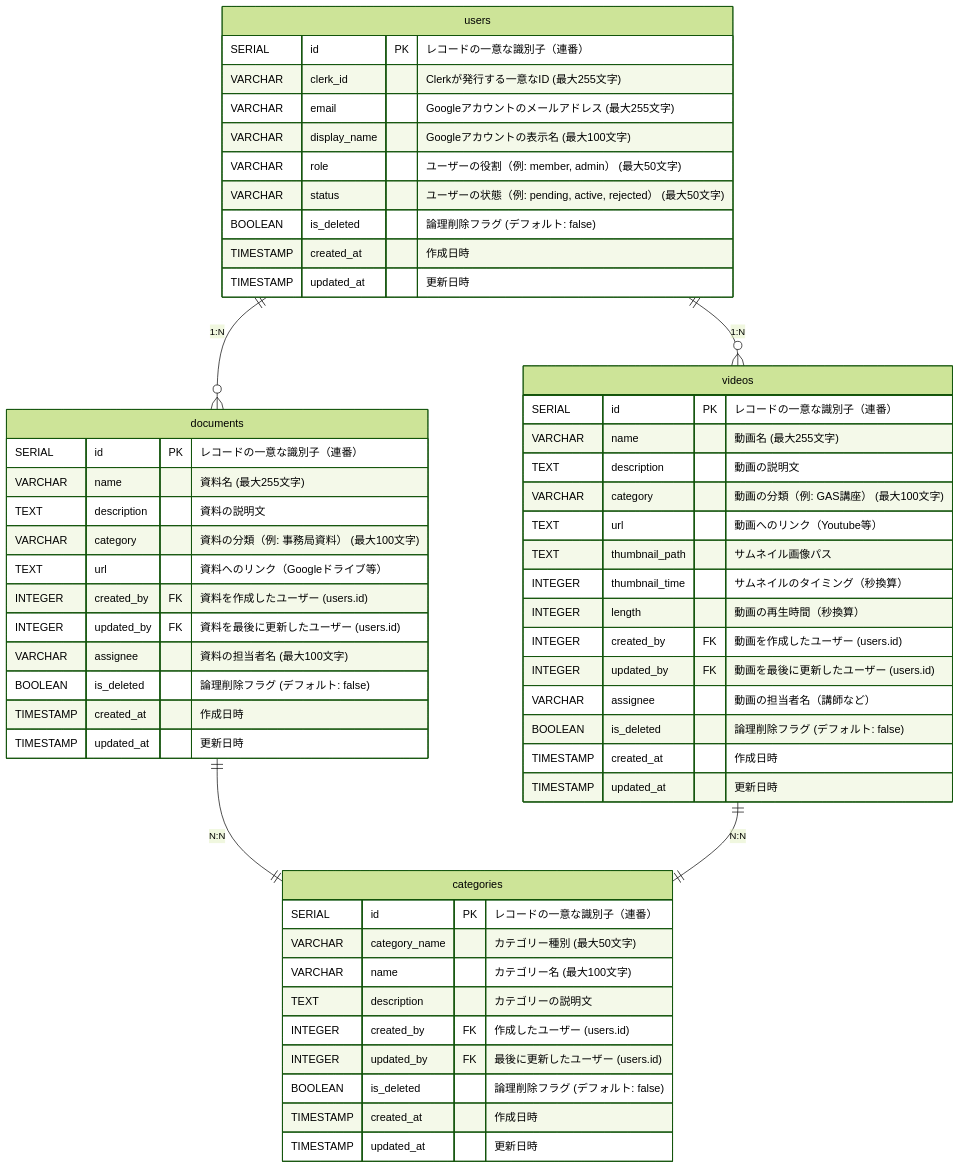
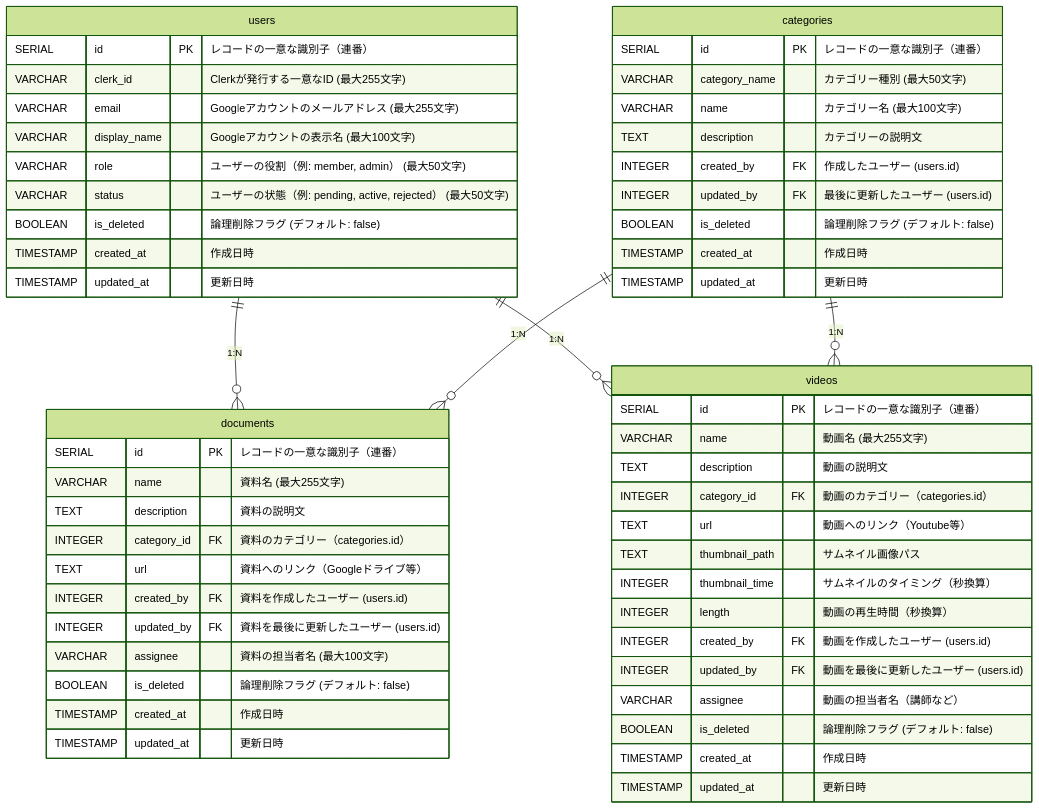
The diagram in docs/database.md (Singuralitylabs/portal-site), drawn with Mermaid (forest theme) before and after one commit. The commit also changed other lines of this file, not shown here.

Commit message:
一意の値用IDを反映

````diff
--- a/docs/database.md
+++ b/docs/database.md
@@ -93,62 +93,62 @@
 ```mermaid
 erDiagram
     users {
         SERIAL id PK "レコードの一意な識別子（連番）"
         VARCHAR clerk_id "Clerkが発行する一意なID (最大255文字)"
         VARCHAR email "Googleアカウントのメールアドレス (最大255文字)"
         VARCHAR display_name "Googleアカウントの表示名 (最大100文字)"
         VARCHAR role "ユーザーの役割（例: member, admin） (最大50文字)"
         VARCHAR status "ユーザーの状態（例: pending, active, rejected） (最大50文字)"
         BOOLEAN is_deleted "論理削除フラグ (デフォルト: false)"
         TIMESTAMP created_at "作成日時"
         TIMESTAMP updated_at "更新日時"
     }
 
     documents {
         SERIAL id PK "レコードの一意な識別子（連番）"
         VARCHAR name "資料名 (最大255文字)"
         TEXT description "資料の説明文"
-        VARCHAR category "資料の分類（例: 事務局資料） (最大100文字)"
+        INTEGER category_id FK "資料のカテゴリー（categories.id）"
         TEXT url "資料へのリンク（Googleドライブ等）"
         INTEGER created_by FK "資料を作成したユーザー (users.id)"
         INTEGER updated_by FK "資料を最後に更新したユーザー (users.id)"
         VARCHAR assignee "資料の担当者名 (最大100文字)"
         BOOLEAN is_deleted "論理削除フラグ (デフォルト: false)"
         TIMESTAMP created_at "作成日時"
         TIMESTAMP updated_at "更新日時"
     }
 
     videos {
         SERIAL id PK "レコードの一意な識別子（連番）"
         VARCHAR name "動画名 (最大255文字)"
         TEXT description "動画の説明文"
-        VARCHAR category "動画の分類（例: GAS講座） (最大100文字)"
+        INTEGER category_id FK "動画のカテゴリー（categories.id）"
         TEXT url "動画へのリンク（Youtube等）"
         TEXT thumbnail_path "サムネイル画像パス"
         INTEGER thumbnail_time "サムネイルのタイミング（秒換算）"
         INTEGER length "動画の再生時間（秒換算）"
         INTEGER created_by FK "動画を作成したユーザー (users.id)"
         INTEGER updated_by FK "動画を最後に更新したユーザー (users.id)"
         VARCHAR assignee "動画の担当者名（講師など）"
         BOOLEAN is_deleted "論理削除フラグ (デフォルト: false)"
         TIMESTAMP created_at "作成日時"
         TIMESTAMP updated_at "更新日時"
     }
 
     categories {
         SERIAL id PK "レコードの一意な識別子（連番）"
         VARCHAR category_name "カテゴリー種別 (最大50文字)"
         VARCHAR name "カテゴリー名 (最大100文字)"
         TEXT description "カテゴリーの説明文"
         INTEGER created_by FK "作成したユーザー (users.id)"
         INTEGER updated_by FK "最後に更新したユーザー (users.id)"
         BOOLEAN is_deleted "論理削除フラグ (デフォルト: false)"
         TIMESTAMP created_at "作成日時"
         TIMESTAMP updated_at "更新日時"
     }
 
     users ||--o{ documents : "1:N"
     users ||--o{ videos : "1:N"
-    documents ||--|| categories : "N:N"
-    videos ||--|| categories : "N:N"
+    categories ||--o{ documents : "1:N"
+    categories ||--o{ videos : "1:N"
 ```
````
